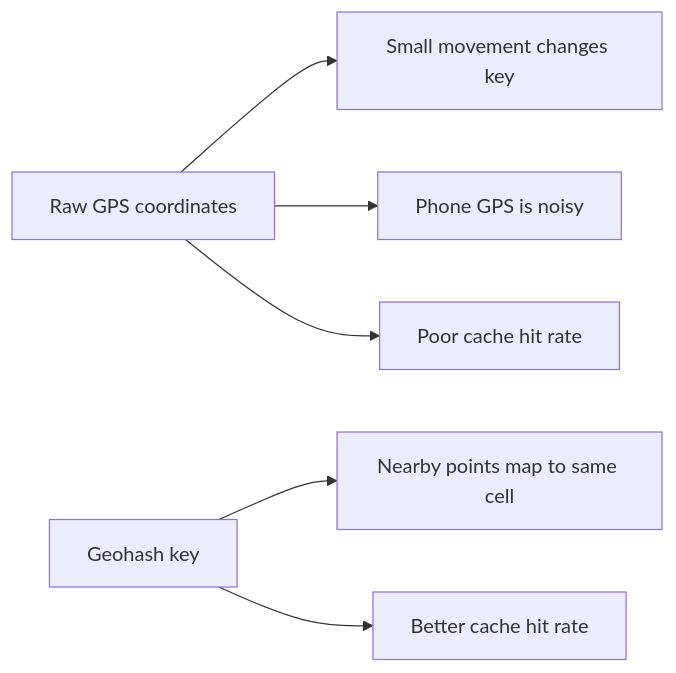
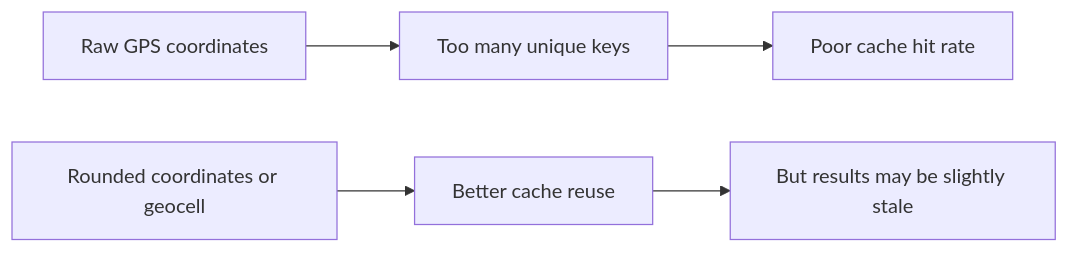
One commit to mthaiseer/springcloud-systemdesign-notes changed diagram 11 of 17 in HLD_NOTES/004_INTERVIEW_PROBLEMS/013_proximity_service_visual_notes.md. Above: the diagram before and after it, drawn with Mermaid. The commit also changed other lines of this file and 1 other file, not shown here.

````diff
--- a/HLD_NOTES/004_INTERVIEW_PROBLEMS/013_proximity_service_visual_notes.md
+++ b/HLD_NOTES/004_INTERVIEW_PROBLEMS/013_proximity_service_visual_notes.md
@@ -633,9 +669,8 @@
 ```mermaid
 flowchart LR
-    A[Raw GPS coordinates] --> B[Small movement changes key]
-    A --> C[Phone GPS is noisy]
-    A --> D[Poor cache hit rate]
+    A[Raw GPS coordinates] --> B[Too many unique keys]
+    B --> C[Poor cache hit rate]
 
-    E[Geohash key] --> F[Nearby points map to same cell]
-    E --> G[Better cache hit rate]
+    D[Rounded coordinates or geocell] --> E[Better cache reuse]
+    E --> F[But results may be slightly stale]
 ```
````
